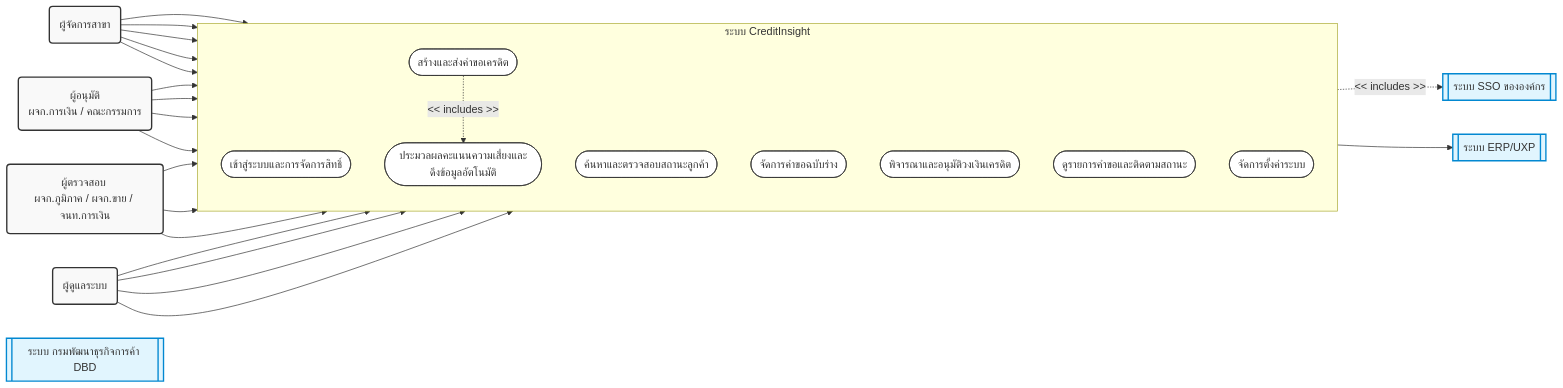
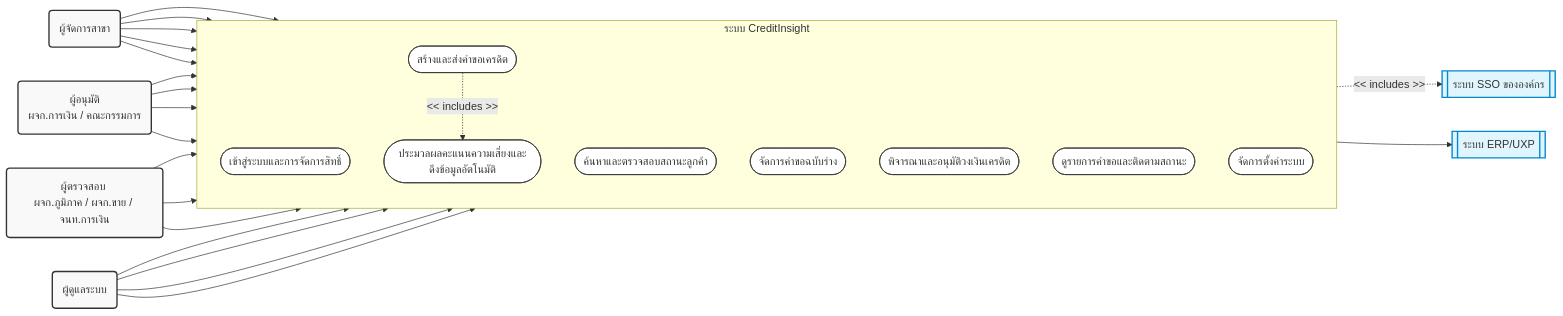
One commit to JinnawatJid/iNsightDocs changed the first of 6 diagrams in docs/presentations/use_case_diagram.md. Above: the diagram before and after it, drawn with Mermaid. The commit also changed other lines of this file, not shown here.

First line of the commit message:
docs: add review and forward subsystem diagram

````diff
--- a/docs/presentations/use_case_diagram.md
+++ b/docs/presentations/use_case_diagram.md
@@ -10,60 +10,59 @@
 ```mermaid
 flowchart LR
     %% Styling
     classDef actorStyle fill:#f9f9f9,stroke:#333,stroke-width:2px;
     classDef systemStyle fill:#e1f5fe,stroke:#0288d1,stroke-width:2px;
     classDef useCaseStyle fill:#fff,stroke:#333,stroke-width:1px;
 
     %% Primary Actors
     BM(ผู้จัดการสาขา):::actorStyle
     App(ผู้อนุมัติ <br>ผจก.การเงิน / คณะกรรมการ):::actorStyle
     Rev(ผู้ตรวจสอบ <br>ผจก.ภูมิภาค / ผจก.ขาย / จนท.การเงิน):::actorStyle
     Admin(ผู้ดูแลระบบ):::actorStyle
 
     %% External Systems (Secondary Actors)
     SSO[[ระบบ SSO ขององค์กร]]:::systemStyle
-    DBD[[ระบบ กรมพัฒนาธุรกิจการค้า DBD]]:::systemStyle
     ERP[[ระบบ ERP/UXP]]:::systemStyle
 
     %% System Boundary
     subgraph CreditInsight [ระบบ CreditInsight]
         direction TB
         UC1([เข้าสู่ระบบและการจัดการสิทธิ์]):::useCaseStyle
         UC2([ค้นหาและตรวจสอบสถานะลูกค้า]):::useCaseStyle
         UC3([สร้างและส่งคำขอเครดิต]):::useCaseStyle
         UC4([จัดการคำขอฉบับร่าง]):::useCaseStyle
         UC5([ประมวลผลคะแนนความเสี่ยงและดึงข้อมูลอัตโนมัติ]):::useCaseStyle
         UC6([พิจารณาและอนุมัติวงเงินเครดิต]):::useCaseStyle
         UC7([ดูรายการคำขอและติดตามสถานะ]):::useCaseStyle
         UC8([จัดการตั้งค่าระบบ]):::useCaseStyle
     end
 
     %% Actor Connections
     BM --> UC1
     App --> UC1
     Rev --> UC1
     Admin --> UC1
 
     BM --> UC2
     BM --> UC3
     BM --> UC4
     BM --> UC7
 
     App --> UC2
     App --> UC6
     App --> UC7
 
     Rev --> UC2
     Rev --> UC7
 
     Admin --> UC2
     Admin --> UC7
     Admin --> UC8
 
     %% Relationships and Includes/Extends
     UC1 -. "<< includes >>" .-> SSO
     UC3 -. "<< includes >>" .-> UC5
 
     %% System Connections
     UC5 --> ERP
 ```
````
